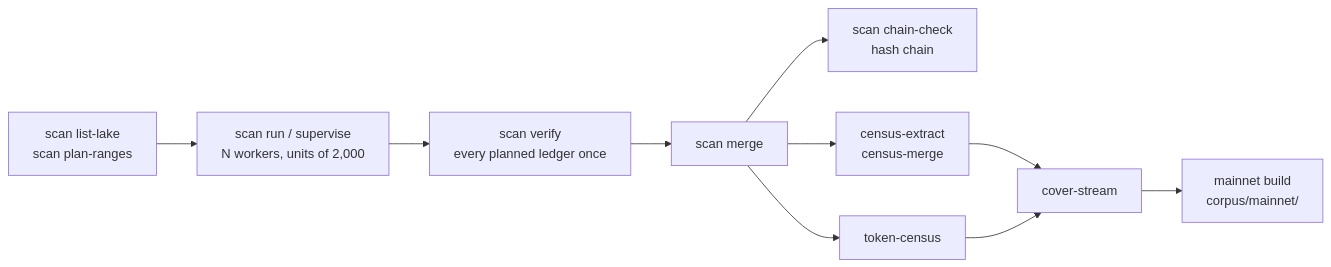
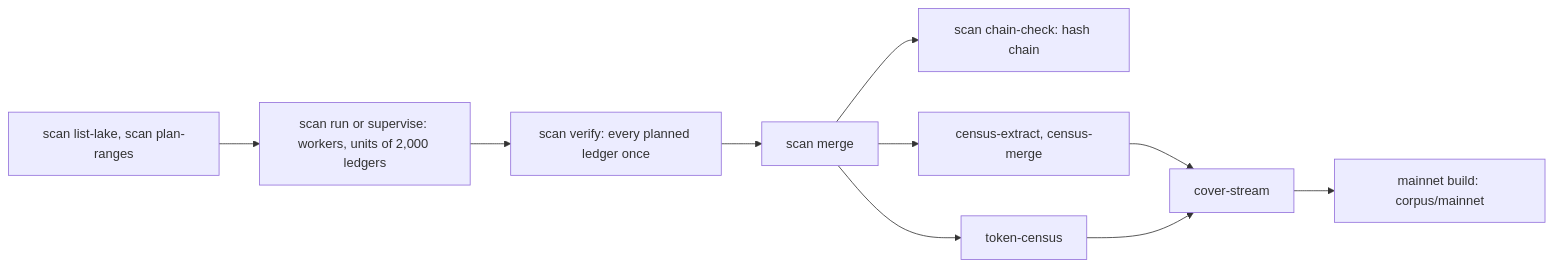
The diagram in apps/docs/architecture/mainnet-scan.mdx (tolgayayci/xdrcheck), drawn with Mermaid before and after one commit. The commit also changed other lines of this file and 65 other files, not shown here.

````diff
--- a/apps/docs/architecture/mainnet-scan.mdx
+++ b/apps/docs/architecture/mainnet-scan.mdx
@@ -32,12 +36,12 @@
 ```mermaid
 flowchart LR
-  L["scan list-lake<br/>scan plan-ranges"] --> R["scan run / supervise<br/>N workers, units of 2,000"]
-  R --> V["scan verify<br/>every planned ledger once"]
+  L["scan list-lake, scan plan-ranges"] --> R["scan run or supervise: workers, units of 2,000 ledgers"]
+  R --> V["scan verify: every planned ledger once"]
   V --> M["scan merge"]
-  M --> C["scan chain-check<br/>hash chain"]
-  M --> CE["census-extract<br/>census-merge"]
+  M --> C["scan chain-check: hash chain"]
+  M --> CE["census-extract, census-merge"]
   M --> T["token-census"]
   CE --> CV["cover-stream"]
   T --> CV
-  CV --> TIER["mainnet build<br/>corpus/mainnet/"]
+  CV --> TIER["mainnet build: corpus/mainnet"]
 ```
````
